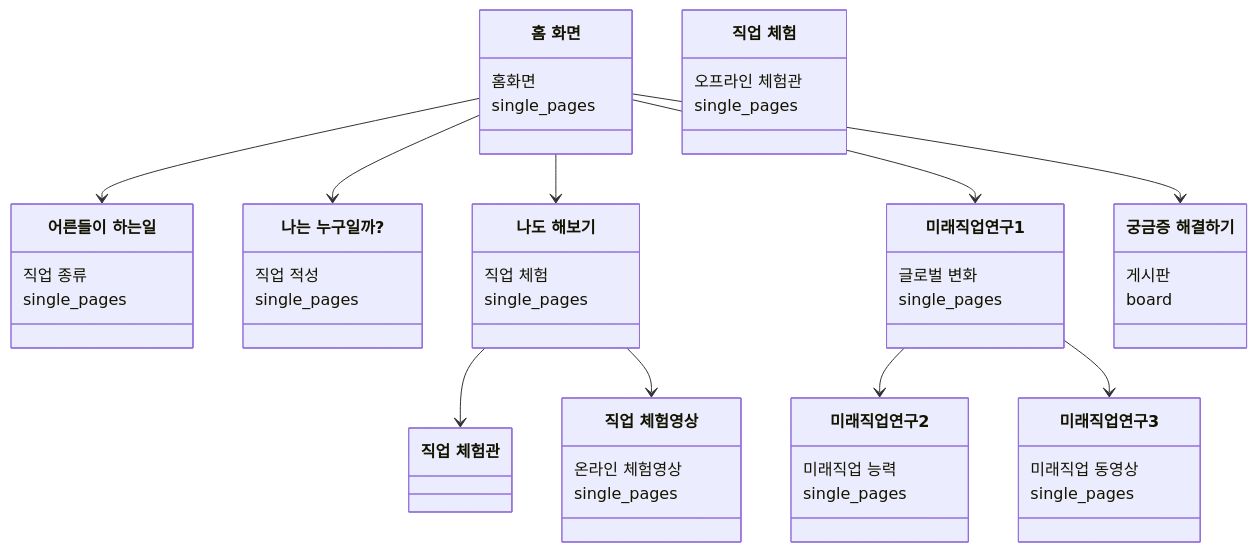
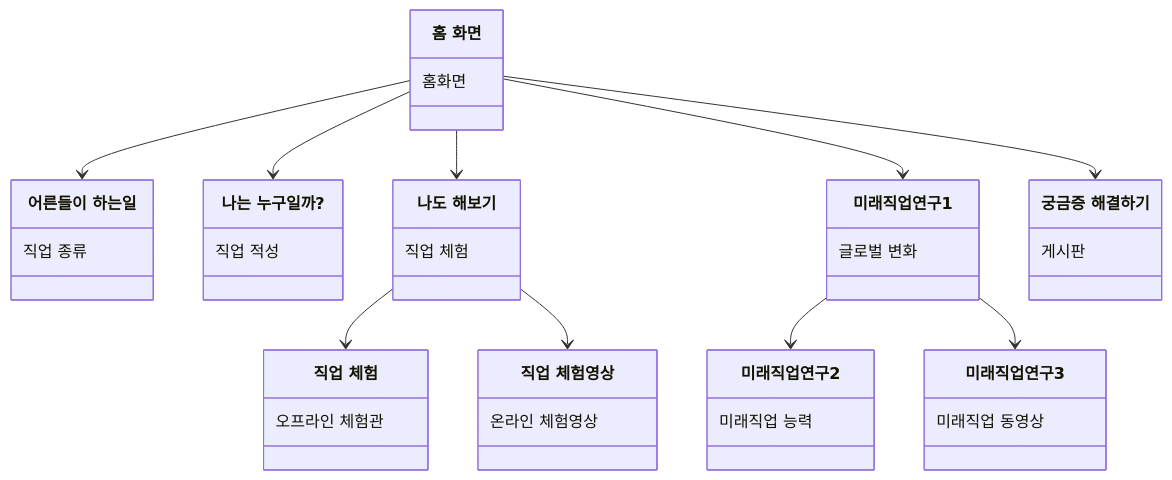
One commit to ubinjeon/django_project changed the diagram in README.md. Above: the diagram before and after it, drawn with Mermaid.

````diff
--- a/README.md
+++ b/README.md
@@ -36,52 +36,32 @@
 ```mermaid
 classDiagram
 class `홈 화면`{
-  홈화면
-
-  single_pages}
+  홈화면}
 class `어른들이 하는일` {
-  직업 종류
-
-  single_pages}
+  직업 종류}
 class `나는 누구일까?`{
-  직업 적성
-
-  single_pages}
+  직업 적성}
 class `나도 해보기`{
-  직업 체험
-
-  single_pages}
+  직업 체험}
 class `미래직업연구1`{
-  글로벌 변화
-
-  single_pages}
+  글로벌 변화}
 class `궁금증 해결하기`{
-  게시판
-
-  board}
+  게시판}
 class `직업 체험`{
-  오프라인 체험관
-
-  single_pages}
+  오프라인 체험관}
 class `직업 체험영상`{
-  온라인 체험영상
-
-  single_pages}
+  온라인 체험영상}
 class `미래직업연구2`{
-  미래직업 능력
-
-  single_pages}
+  미래직업 능력}
 class `미래직업연구3`{
-  미래직업 동영상
-
-  single_pages}
+  미래직업 동영상}
 `홈 화면`-->`어른들이 하는일`
 `홈 화면`-->`나는 누구일까?`
 `홈 화면`-->`나도 해보기`
 `홈 화면`-->`미래직업연구1`
 `홈 화면`-->`궁금증 해결하기`
-`나도 해보기`-->`직업 체험관`
+`나도 해보기`-->`직업 체험`
 `나도 해보기`-->`직업 체험영상`
 `미래직업연구1`-->`미래직업연구2`
 `미래직업연구1`-->`미래직업연구3`
 ```
````
